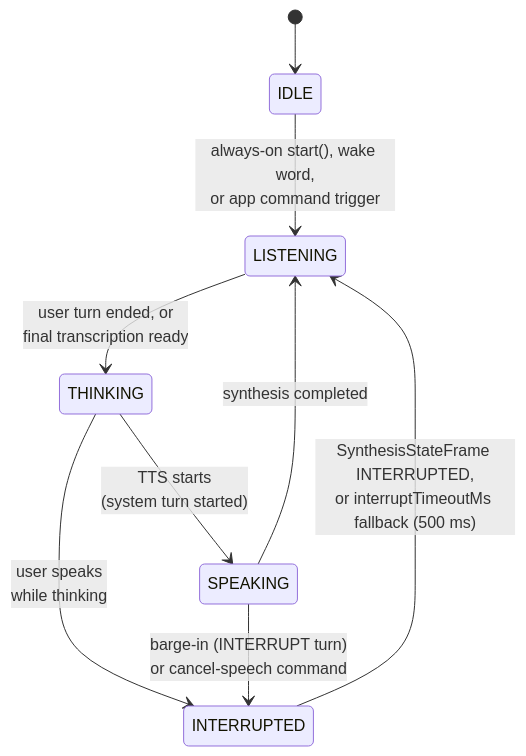
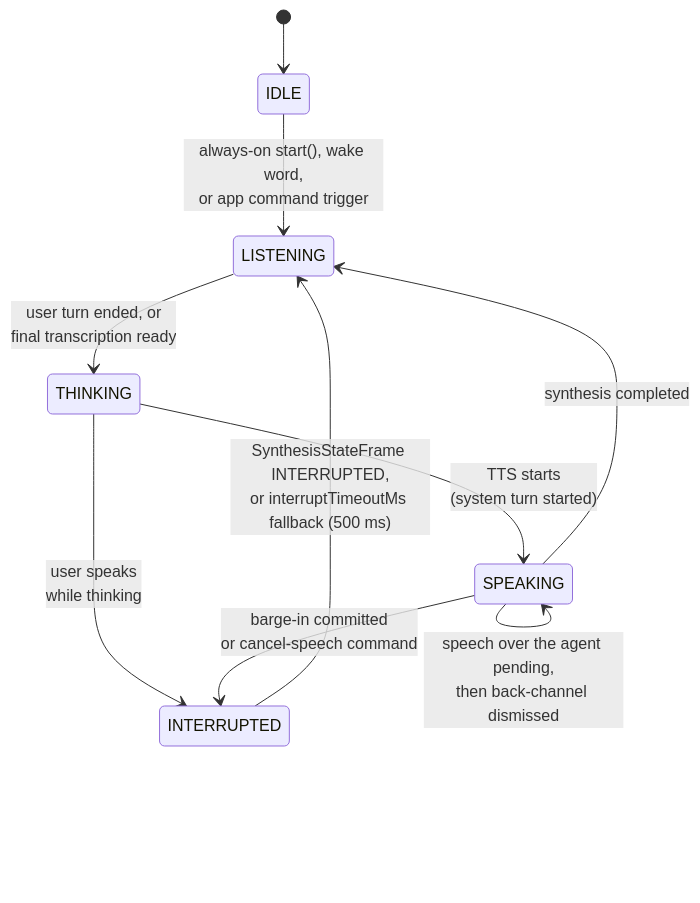
One commit to fatehmtd/VASDK changed the third of 3 diagrams in docs/reference/processors.md. Above: the diagram before and after it, drawn with Mermaid. The commit also changed other lines of this file and 55 other files, not shown here.

````diff
--- a/docs/reference/processors.md
+++ b/docs/reference/processors.md
@@ -143,11 +146,12 @@
 ```mermaid
 stateDiagram-v2
     [*] --> IDLE
     IDLE --> LISTENING: always-on start(), wake word,<br/>or app command trigger
     LISTENING --> THINKING: user turn ended, or<br/>final transcription ready
     THINKING --> SPEAKING: TTS starts<br/>(system turn started)
     THINKING --> INTERRUPTED: user speaks<br/>while thinking
-    SPEAKING --> INTERRUPTED: barge-in (INTERRUPT turn)<br/>or cancel-speech command
+    SPEAKING --> SPEAKING: speech over the agent pending,<br/>then back-channel dismissed
+    SPEAKING --> INTERRUPTED: barge-in committed<br/>or cancel-speech command
     SPEAKING --> LISTENING: synthesis completed
     INTERRUPTED --> LISTENING: SynthesisStateFrame INTERRUPTED,<br/>or interruptTimeoutMs fallback (500 ms)
 ```
````
